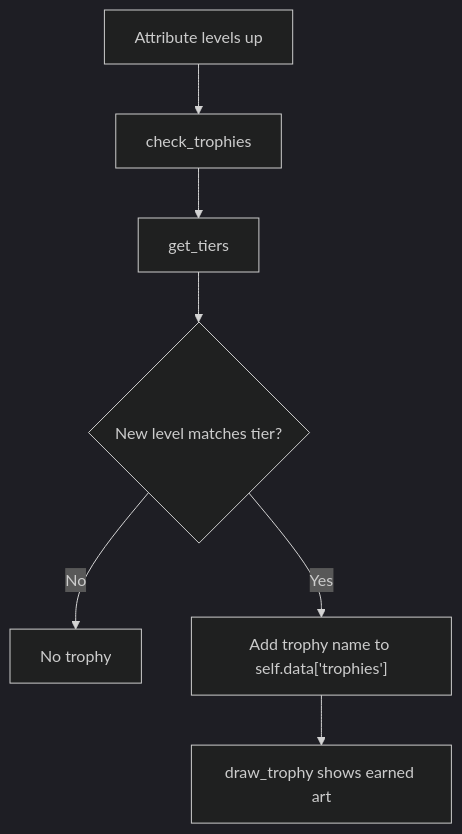
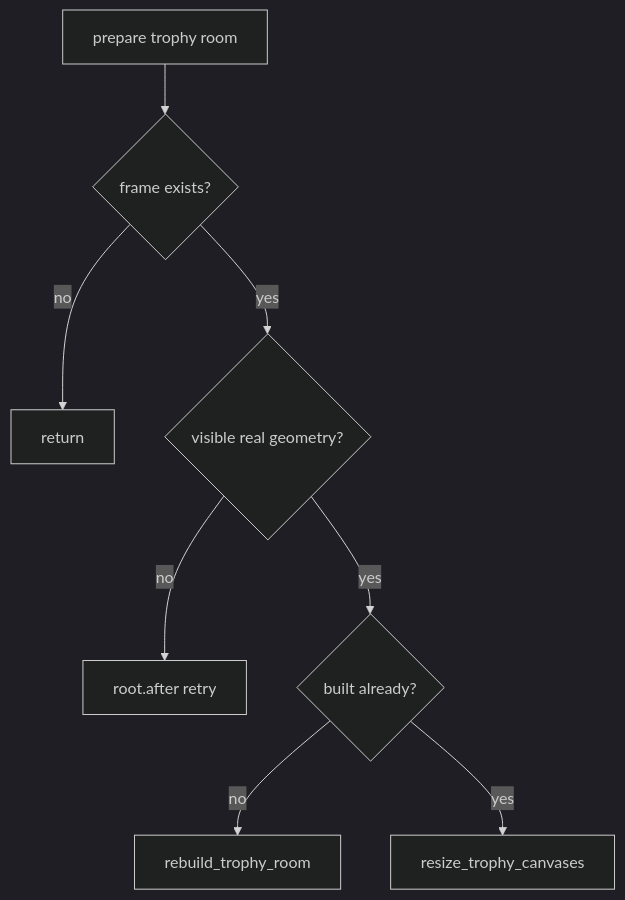
One commit to nimbold/LifeXP changed diagram 15 of 30 in docs/beginner-guide/03-advanced.md. Above: the diagram before and after it, drawn with Mermaid (dark theme). The commit also changed other lines of this file, not shown here.

````diff
--- a/docs/beginner-guide/03-advanced.md
+++ b/docs/beginner-guide/03-advanced.md
@@ -371,9 +778,10 @@
 ```mermaid
 flowchart TD
-    A["Attribute levels up"] --> B["check_trophies"]
-    B --> C["get_tiers"]
-    C --> D{"New level matches tier?"}
-    D -->|No| E["No trophy"]
-    D -->|Yes| F["Add trophy name to self.data['trophies']"]
-    F --> G["draw_trophy shows earned art"]
+    A["prepare trophy room"] --> B{"frame exists?"}
+    B -->|no| C["return"]
+    B -->|yes| D{"visible real geometry?"}
+    D -->|no| E["root.after retry"]
+    D -->|yes| F{"built already?"}
+    F -->|no| G["rebuild_trophy_room"]
+    F -->|yes| H["resize_trophy_canvases"]
 ```
````
